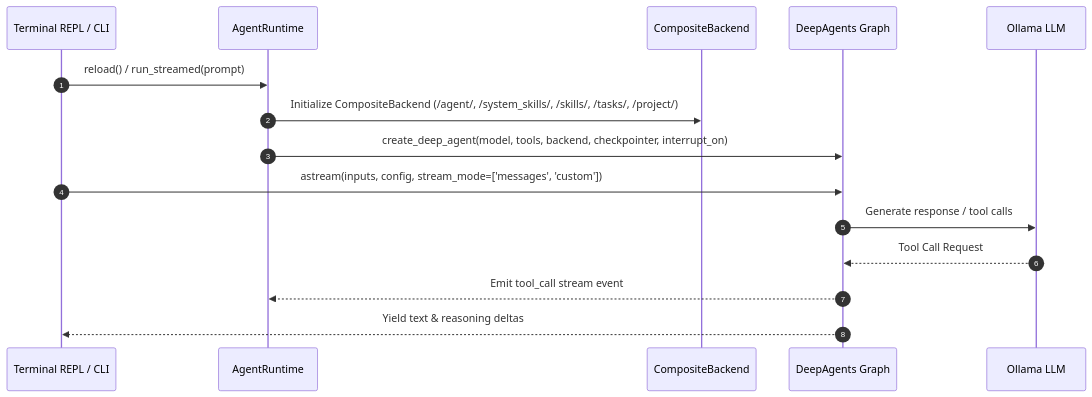
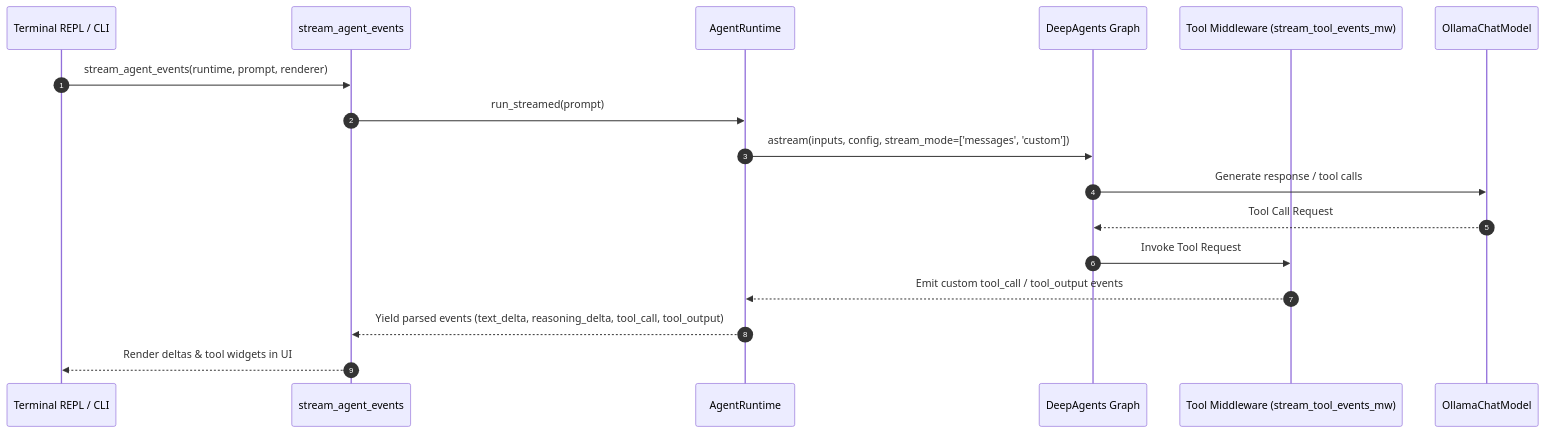
Before and after one commit to arrase/ollama-agent: the second of 9 diagrams in docs/architecture.md, drawn with Mermaid. The commit also changed other lines of this file and 4 other files, not shown here.

````diff
--- a/docs/architecture.md
+++ b/docs/architecture.md
@@ -63,18 +66,20 @@
 ```mermaid
 sequenceDiagram
     autonumber
     participant UI as Terminal REPL / CLI
+    participant Streaming as stream_agent_events
     participant Runtime as AgentRuntime
-    participant Backend as CompositeBackend
     participant Graph as DeepAgents Graph
-    participant LLM as Ollama LLM
+    participant MW as Tool Middleware (stream_tool_events_mw)
+    participant LLM as OllamaChatModel
 
-    UI->>Runtime: reload() / run_streamed(prompt)
-    Runtime->>Backend: Initialize CompositeBackend (/agent/, /system_skills/, /skills/, /tasks/, /project/)
-    Runtime->>Graph: create_deep_agent(model, tools, backend, checkpointer, interrupt_on)
-    UI->>Graph: astream(inputs, config, stream_mode=['messages', 'custom'])
+    UI->>Streaming: stream_agent_events(runtime, prompt, renderer)
+    Streaming->>Runtime: run_streamed(prompt)
+    Runtime->>Graph: astream(inputs, config, stream_mode=['messages', 'custom'])
     Graph->>LLM: Generate response / tool calls
     LLM-->>Graph: Tool Call Request
-    Graph-->>Runtime: Emit tool_call stream event
-    Graph-->>UI: Yield text & reasoning deltas
+    Graph->>MW: Invoke Tool Request
+    MW-->>Runtime: Emit custom tool_call / tool_output events
+    Runtime-->>Streaming: Yield parsed events (text_delta, reasoning_delta, tool_call, tool_output)
+    Streaming-->>UI: Render deltas & tool widgets in UI
 ```
````
